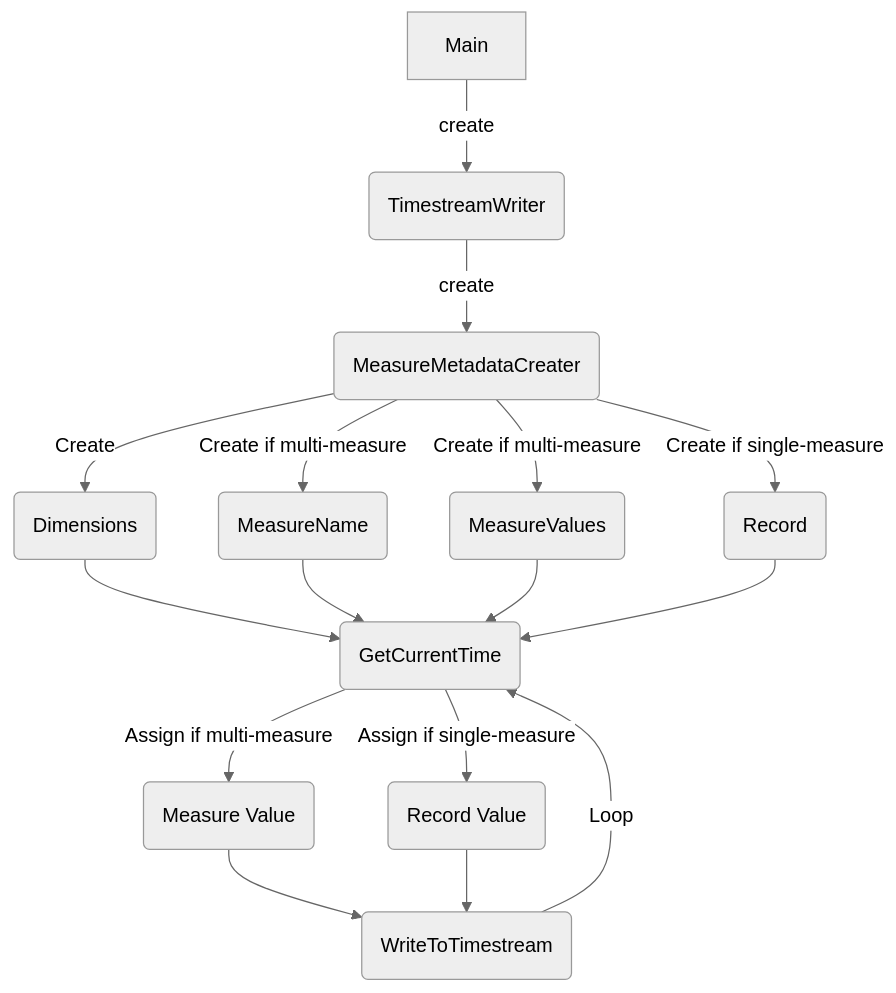
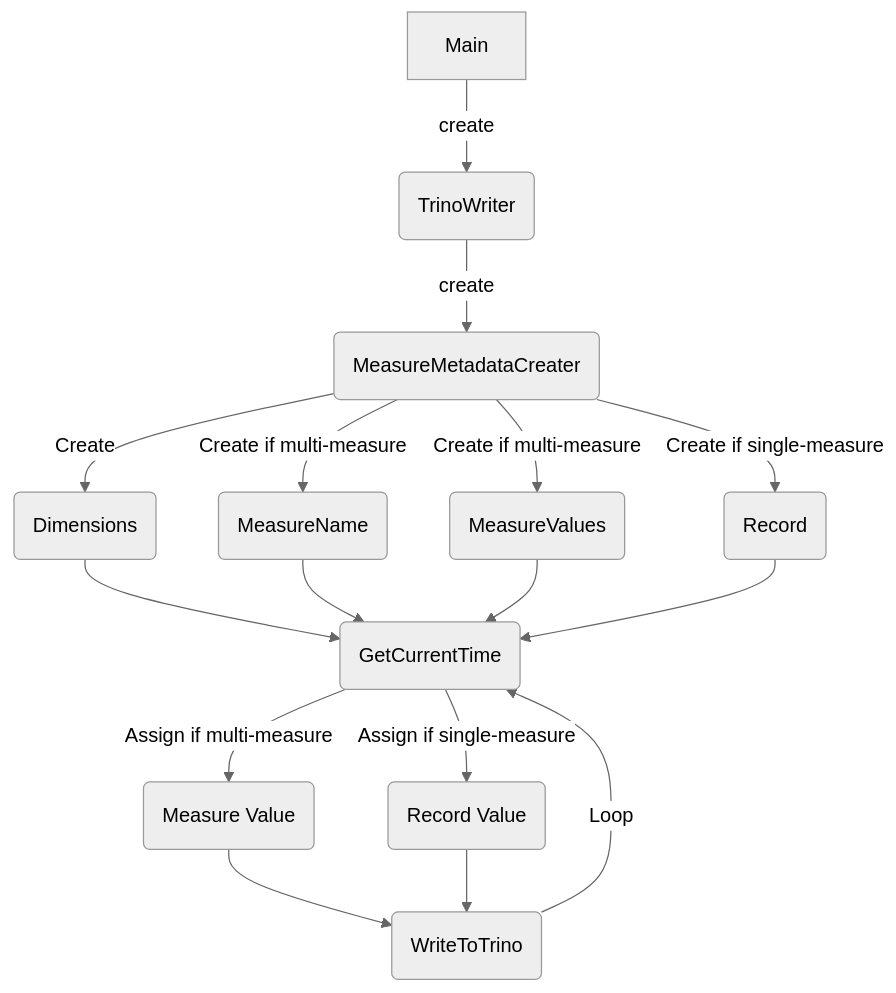
The diagram in docs/markdown/setup/data-population-guide.md (skilld-labs/trino-odbc), drawn with Mermaid (neutral theme) before and after one commit. The commit also changed other lines of this file and 287 other files, not shown here.

````diff
--- a/docs/markdown/setup/data-population-guide.md
+++ b/docs/markdown/setup/data-population-guide.md
@@ -36,18 +36,18 @@
 ```mermaid
 graph TD
-    A[Main] --> |create| B(TimestreamWriter)
+    A[Main] --> |create| B(TrinoWriter)
     B --> |create| C(MeasureMetadataCreater)
     C --> |Create| D(Dimensions)
     C --> |Create if multi-measure| E(MeasureName)
     C --> |Create if multi-measure| F(MeasureValues)
     C --> |Create if single-measure| G(Record)
     D --> H(GetCurrentTime)
     E --> H(GetCurrentTime)
     F --> H(GetCurrentTime)
     G --> H(GetCurrentTime)
     H --> |Assign if multi-measure| I(Measure Value)
     H --> |Assign if single-measure| J(Record Value)
-    I --> K(WriteToTimestream)
-    J --> K(WriteToTimestream)
+    I --> K(WriteToTrino)
+    J --> K(WriteToTrino)
     K --> |Loop|H(GetCurrentTime)
 ```
````
